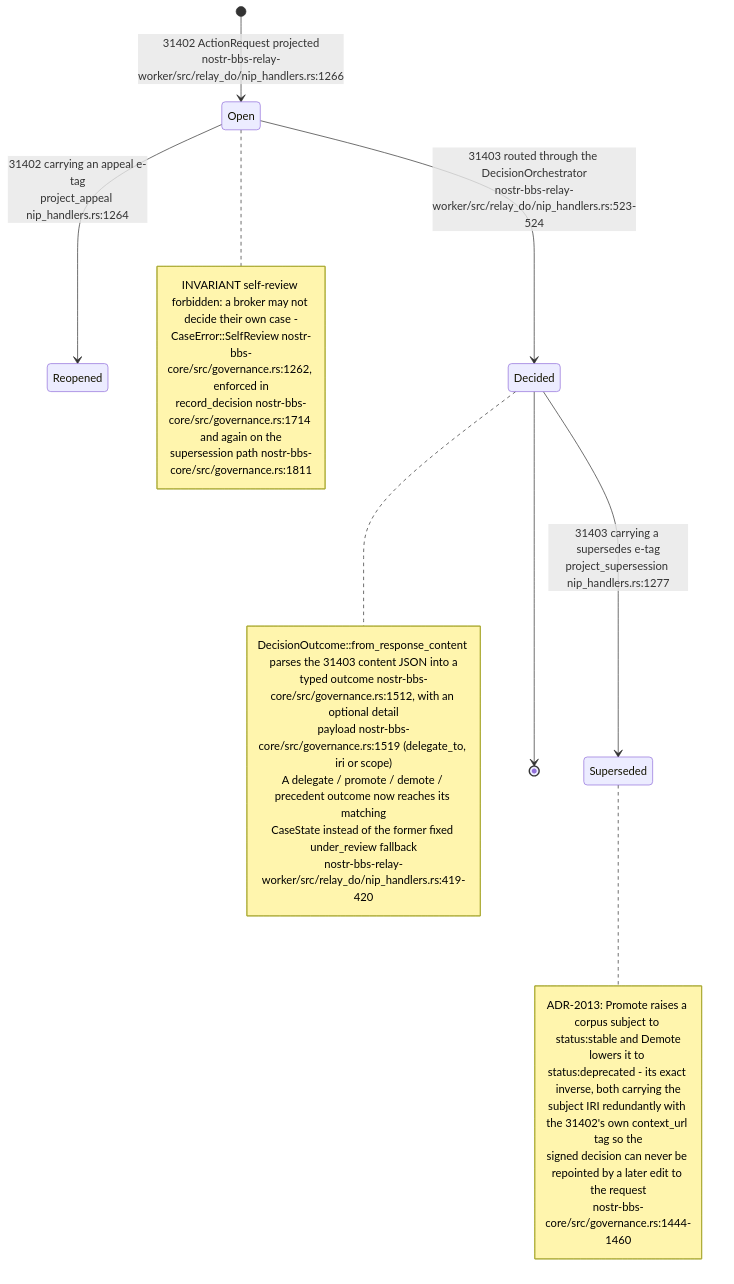
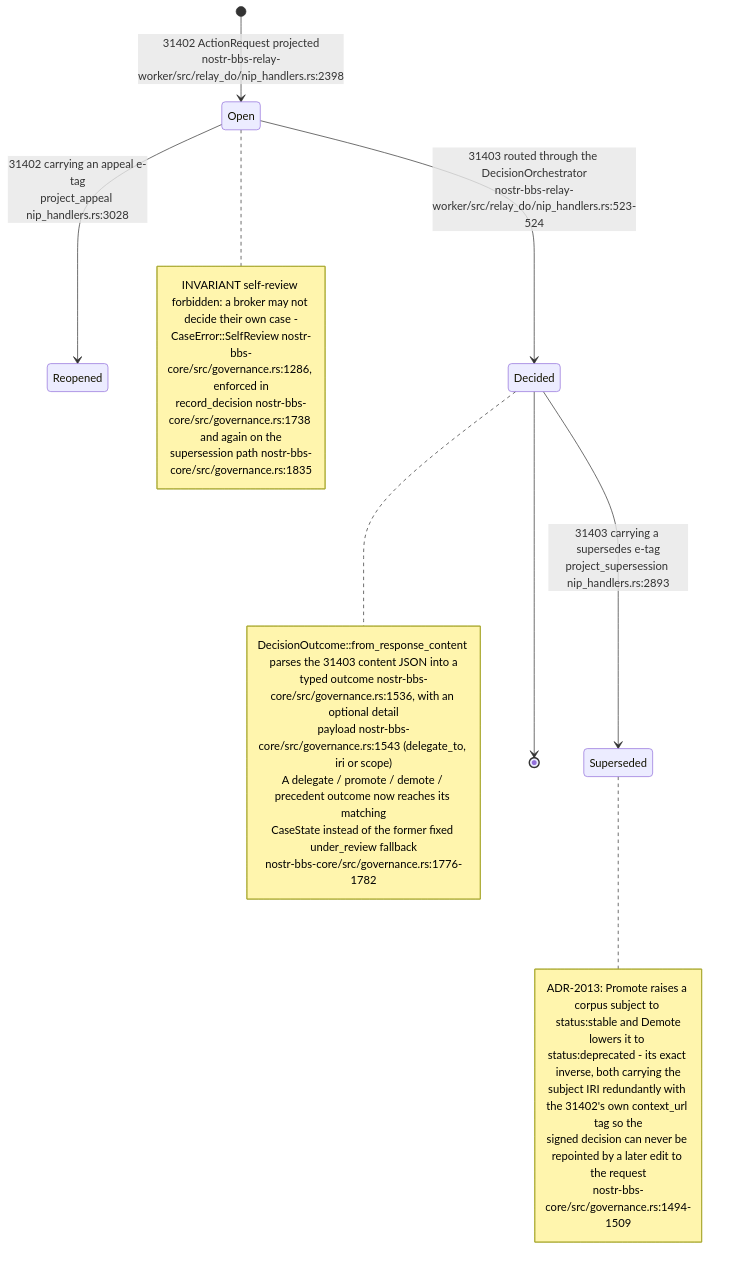
Before and after one commit to DreamLab-AI/VisionFlow: the fifth of 16 diagrams in docs/diagrams/nostr-rust-forum/06-agent-control-surface-31400-31405.md, drawn with Mermaid. The commit also changed other lines of this file and 111 other files, not shown here.

Commit message:
docs(diagrams): align estate maps with current source

````diff
--- a/docs/diagrams/nostr-rust-forum/06-agent-control-surface-31400-31405.md
+++ b/docs/diagrams/nostr-rust-forum/06-agent-control-surface-31400-31405.md
@@ -139,30 +139,30 @@
 ```mermaid
 stateDiagram-v2
-    [*] --> Open: 31402 ActionRequest projected<br/>nostr-bbs-relay-worker/src/relay_do/nip_handlers.rs:1266
-    Open --> Reopened: 31402 carrying an appeal e-tag<br/>project_appeal nip_handlers.rs:1264
+    [*] --> Open: 31402 ActionRequest projected<br/>nostr-bbs-relay-worker/src/relay_do/nip_handlers.rs:2398
+    Open --> Reopened: 31402 carrying an appeal e-tag<br/>project_appeal nip_handlers.rs:3028
     Open --> Decided: 31403 routed through the DecisionOrchestrator<br/>nostr-bbs-relay-worker/src/relay_do/nip_handlers.rs:523-524
-    Decided --> Superseded: 31403 carrying a supersedes e-tag<br/>project_supersession nip_handlers.rs:1277
+    Decided --> Superseded: 31403 carrying a supersedes e-tag<br/>project_supersession nip_handlers.rs:2893
     Decided --> [*]
 
     note right of Decided
         DecisionOutcome::from_response_content parses the 31403 content JSON into a
-        typed outcome nostr-bbs-core/src/governance.rs:1512, with an optional detail
-        payload nostr-bbs-core/src/governance.rs:1519 (delegate_to, iri or scope)
+        typed outcome nostr-bbs-core/src/governance.rs:1536, with an optional detail
+        payload nostr-bbs-core/src/governance.rs:1543 (delegate_to, iri or scope)
         A delegate / promote / demote / precedent outcome now reaches its matching
         CaseState instead of the former fixed under_review fallback
-        nostr-bbs-relay-worker/src/relay_do/nip_handlers.rs:419-420
+        nostr-bbs-core/src/governance.rs:1776-1782
     end note
     note right of Open
         INVARIANT self-review forbidden: a broker may not decide their own case -
-        CaseError::SelfReview nostr-bbs-core/src/governance.rs:1262, enforced in
-        record_decision nostr-bbs-core/src/governance.rs:1714 and again on the
-        supersession path nostr-bbs-core/src/governance.rs:1811
+        CaseError::SelfReview nostr-bbs-core/src/governance.rs:1286, enforced in
+        record_decision nostr-bbs-core/src/governance.rs:1738 and again on the
+        supersession path nostr-bbs-core/src/governance.rs:1835
     end note
     note right of Superseded
         ADR-2013: Promote raises a corpus subject to status:stable and Demote
         lowers it to status:deprecated - its exact inverse, both carrying the
         subject IRI redundantly with the 31402's own context_url tag so the
         signed decision can never be repointed by a later edit to the request
-        nostr-bbs-core/src/governance.rs:1444-1460
+        nostr-bbs-core/src/governance.rs:1494-1509
     end note
 ```
````
